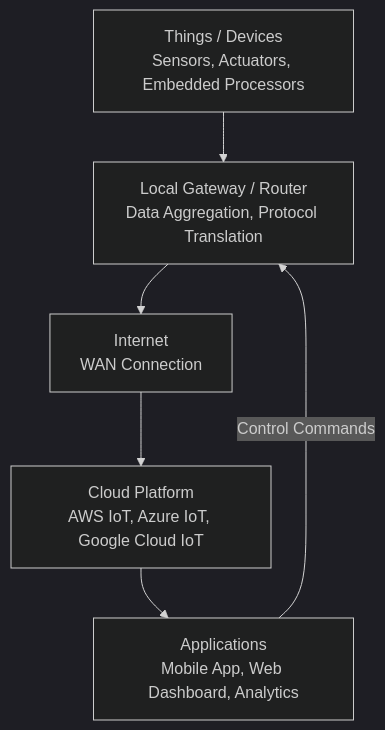
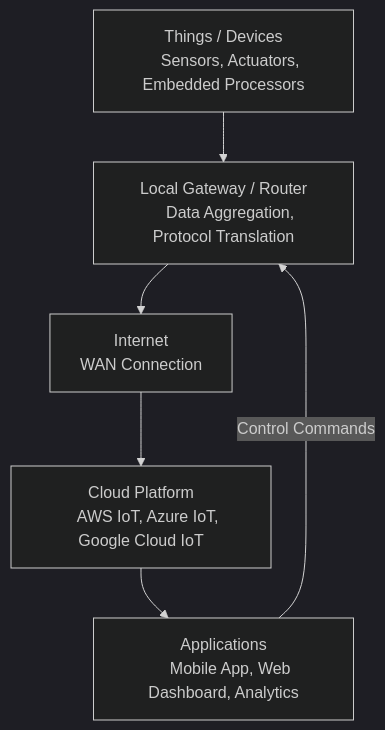
Before and after one commit to lazgaming70/IOT-CIA-1: the tenth of 13 diagrams in Unofficial-QB/Unofficial-QB-Claude-Ans.md, drawn with Mermaid (dark theme). The commit also changed other lines of this file, not shown here.

Commit message:
Fixed mermaidjs newline syntax

````diff
--- a/Unofficial-QB/Unofficial-QB-Claude-Ans.md
+++ b/Unofficial-QB/Unofficial-QB-Claude-Ans.md
@@ -927,8 +986,13 @@
 ```mermaid
 flowchart TD
-    THINGS[Things / Devices\nSensors, Actuators, Embedded Processors] --> GW[Local Gateway / Router\nData Aggregation, Protocol Translation]
-    GW --> INTERNET[Internet\nWAN Connection]
-    INTERNET --> CLOUD[Cloud Platform\nAWS IoT, Azure IoT, Google Cloud IoT]
-    CLOUD --> APP[Applications\nMobile App, Web Dashboard, Analytics]
+    THINGS[Things / Devices
+    Sensors, Actuators, Embedded Processors] --> GW[Local Gateway / Router
+    Data Aggregation, Protocol Translation]
+    GW --> INTERNET[Internet
+    WAN Connection]
+    INTERNET --> CLOUD[Cloud Platform
+    AWS IoT, Azure IoT, Google Cloud IoT]
+    CLOUD --> APP[Applications
+    Mobile App, Web Dashboard, Analytics]
     APP -->|Control Commands| GW
 ```
````
